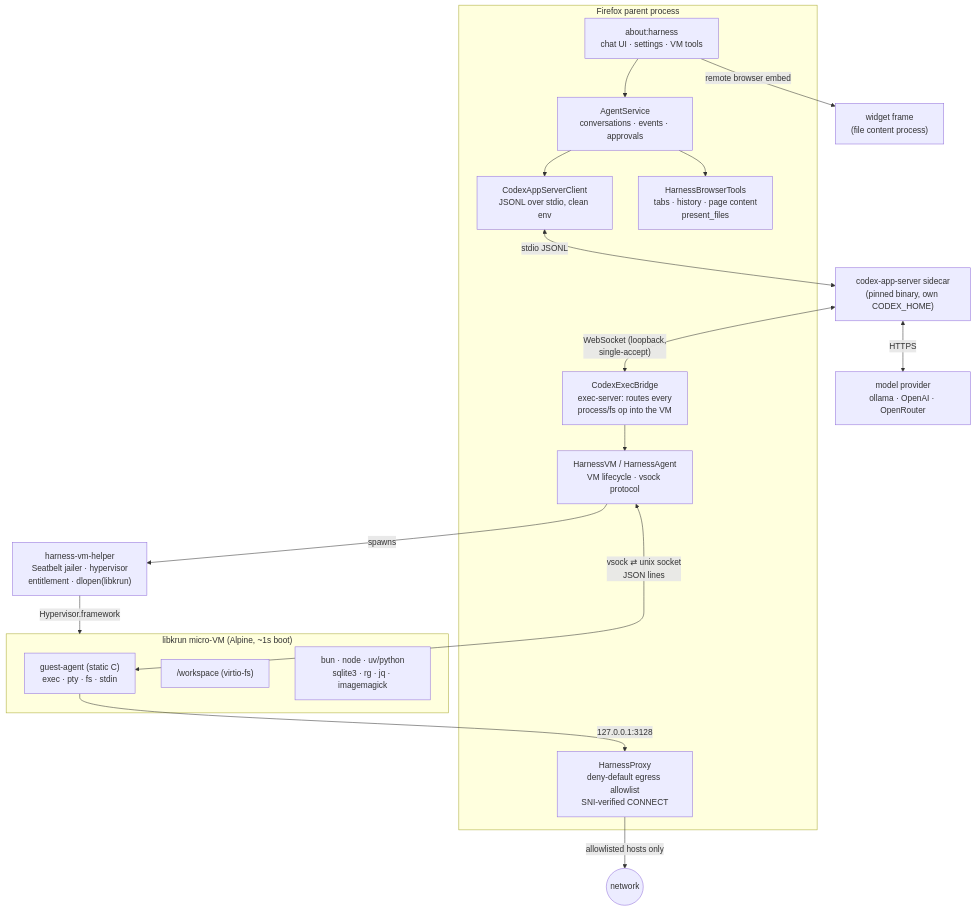
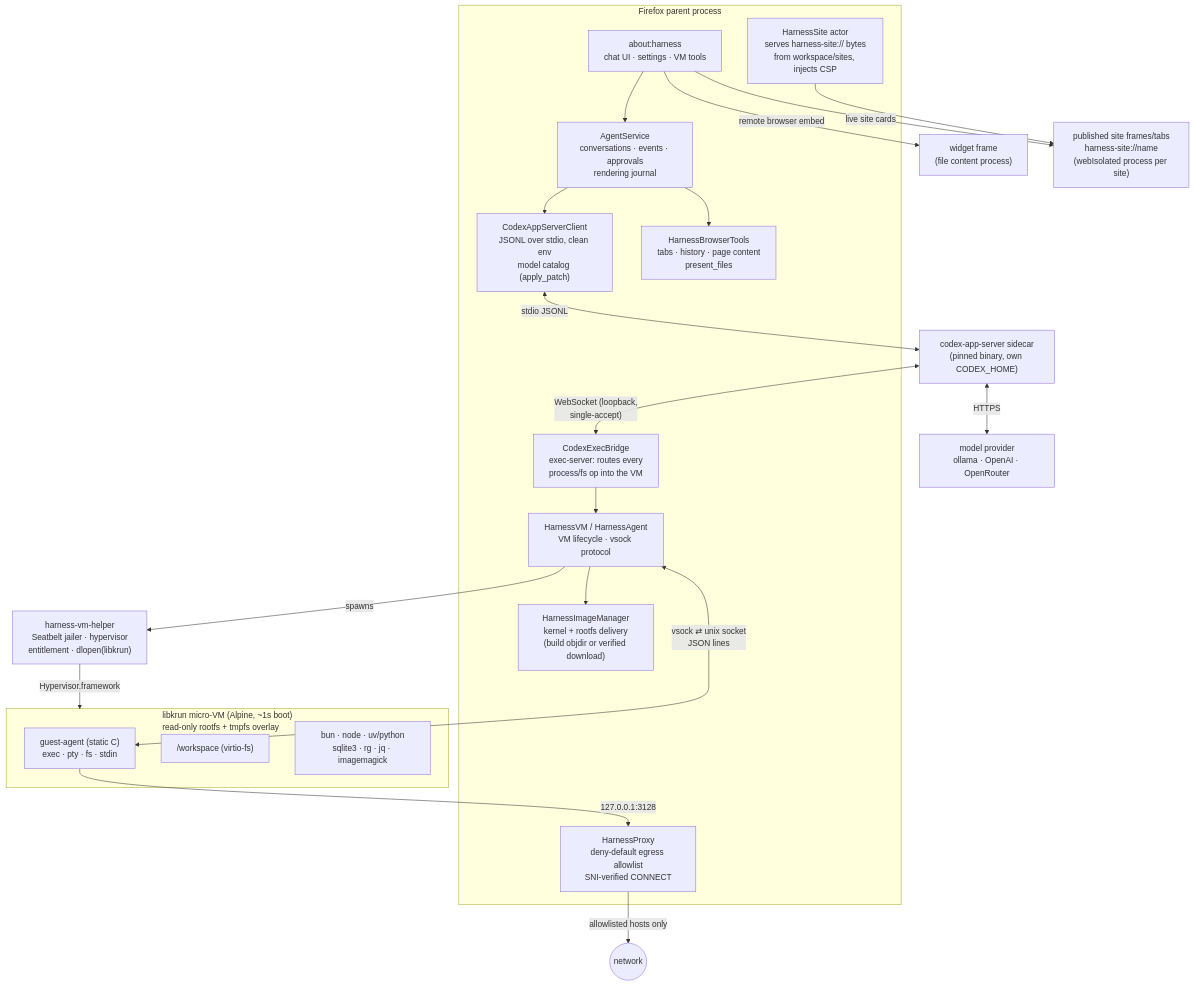
Before and after one commit to bgrins/firefox: the first of 3 diagrams in browser/components/harness/docs/architecture.md, drawn with Mermaid. The commit also changed other lines of this file, not shown here.

Commit message:
harness docs: architecture overview covers sites, image delivery, overlay rootfs, apply_patch, journal

````diff
--- a/browser/components/harness/docs/architecture.md
+++ b/browser/components/harness/docs/architecture.md
@@ -13,38 +13,44 @@
 ```mermaid
 flowchart TB
     subgraph parent["Firefox parent process"]
         UI["about:harness<br/>chat UI · settings · VM tools"]
-        AS["AgentService<br/>conversations · events · approvals"]
-        CASC["CodexAppServerClient<br/>JSONL over stdio, clean env"]
+        AS["AgentService<br/>conversations · events · approvals<br/>rendering journal"]
+        CASC["CodexAppServerClient<br/>JSONL over stdio, clean env<br/>model catalog (apply_patch)"]
         BRIDGE["CodexExecBridge<br/>exec-server: routes every<br/>process/fs op into the VM"]
         HVM["HarnessVM / HarnessAgent<br/>VM lifecycle · vsock protocol"]
+        IMG["HarnessImageManager<br/>kernel + rootfs delivery<br/>(build objdir or verified download)"]
         TOOLS["HarnessBrowserTools<br/>tabs · history · page content<br/>present_files"]
         PROXY["HarnessProxy<br/>deny-default egress allowlist<br/>SNI-verified CONNECT"]
+        SITESRV["HarnessSite actor<br/>serves harness-site:// bytes<br/>from workspace/sites, injects CSP"]
     end
 
     SIDECAR["codex-app-server sidecar<br/>(pinned binary, own CODEX_HOME)"]
     PROVIDER["model provider<br/>ollama · OpenAI · OpenRouter"]
 
-    subgraph vm["libkrun micro-VM (Alpine, ~1s boot)"]
+    subgraph vm["libkrun micro-VM (Alpine, ~1s boot)<br/>read-only rootfs + tmpfs overlay"]
         GA["guest-agent (static C)<br/>exec · pty · fs · stdin"]
         WS["/workspace (virtio-fs)"]
         TOOLCHAIN["bun · node · uv/python<br/>sqlite3 · rg · jq · imagemagick"]
     end
 
     HELPER["harness-vm-helper<br/>Seatbelt jailer · hypervisor<br/>entitlement · dlopen(libkrun)"]
     WIDGET["widget frame<br/>(file content process)"]
+    SITE["published site frames/tabs<br/>harness-site://name<br/>(webIsolated process per site)"]
 
     UI --> AS
     AS --> CASC
     CASC <-->|stdio JSONL| SIDECAR
     SIDECAR <-->|HTTPS| PROVIDER
     SIDECAR <-->|"WebSocket (loopback,<br/>single-accept)"| BRIDGE
     BRIDGE --> HVM
     AS --> TOOLS
+    HVM --> IMG
     HVM -->|spawns| HELPER
     HELPER -->|Hypervisor.framework| vm
     HVM <-->|"vsock ⇄ unix socket<br/>JSON lines"| GA
     GA -->|127.0.0.1:3128| PROXY
     PROXY -->|allowlisted hosts only| INTERNET(("network"))
     UI -->|remote browser embed| WIDGET
+    UI -->|live site cards| SITE
+    SITESRV --> SITE
 ```
````
